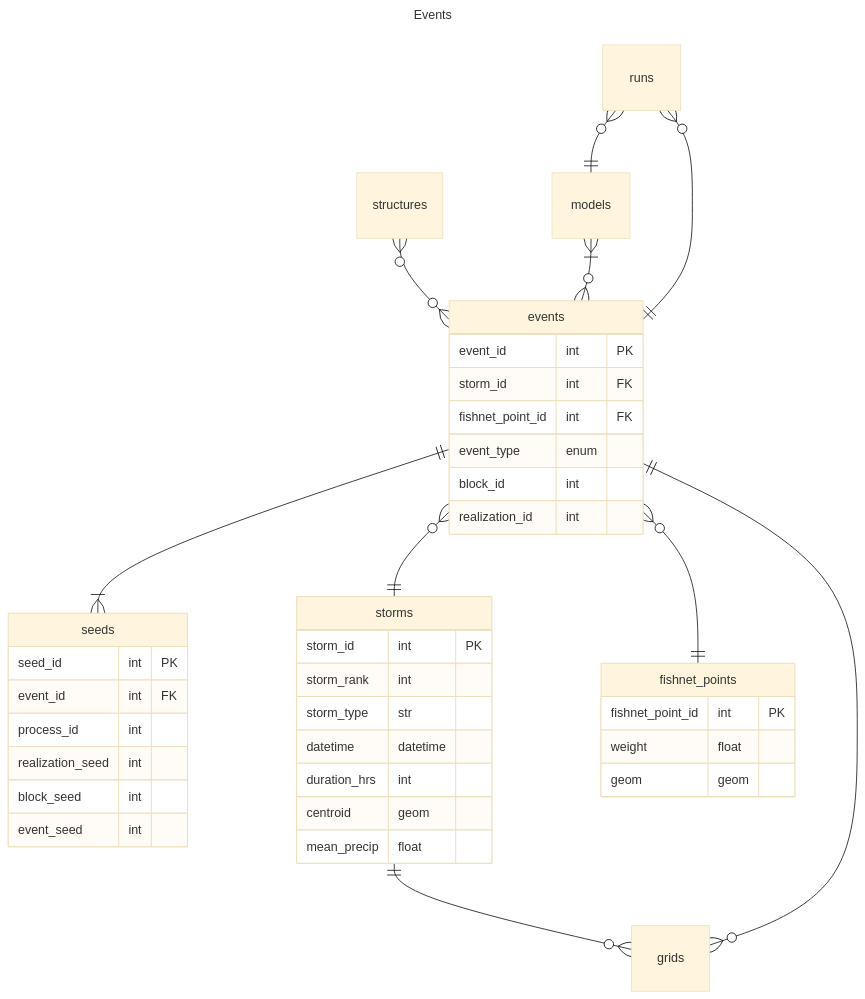
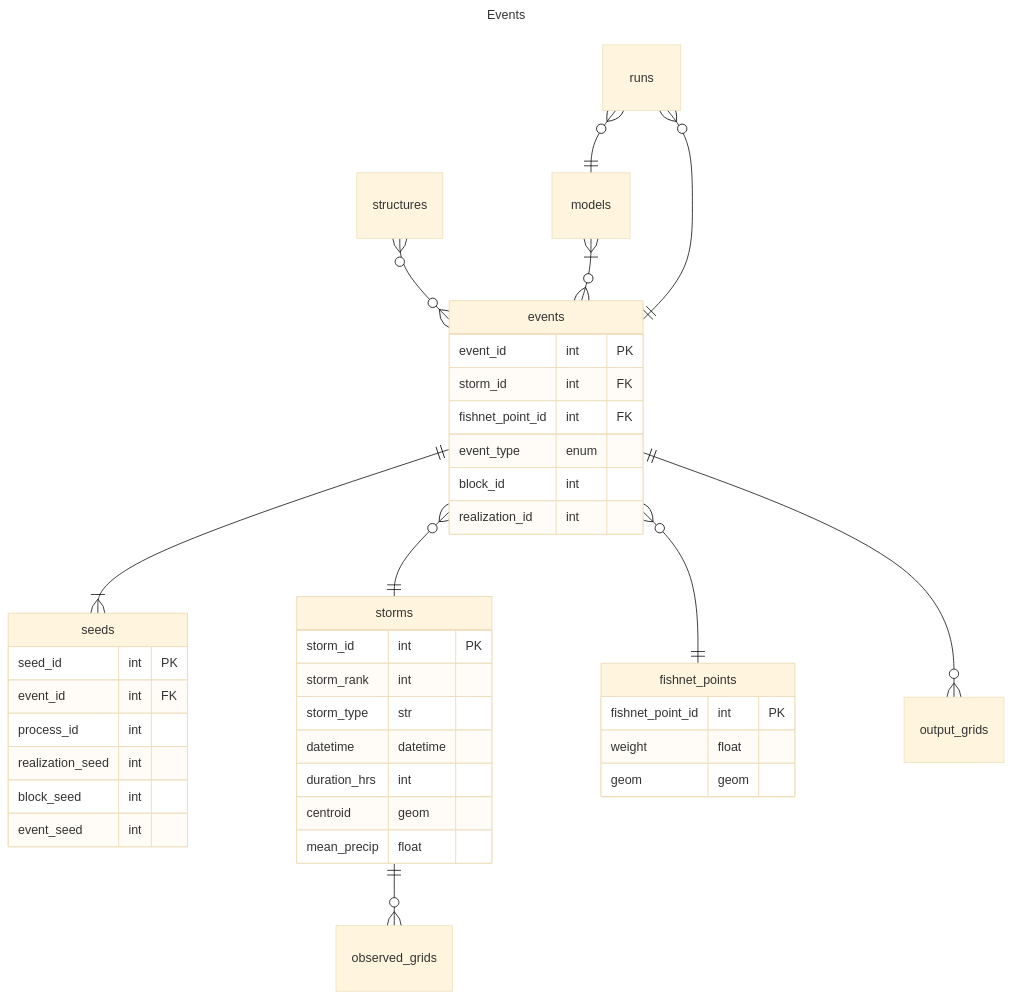
Before and after one commit to fema-ffrd/ffrd-data-model: the diagram in rdb/events.mmd, drawn with Mermaid (base theme). The commit also changed 3 other files, not shown here.

Commit message:
obs and output grids tables

```diff
--- a/rdb/events.mmd
+++ b/rdb/events.mmd
@@ -1,54 +1,56 @@
 ---
 title: Events
 ---
 
 erDiagram
     events ||--|{ seeds : ""
     events }o--|| storms : ""
     events }o--|| fishnet_points : ""
     structures }o--o{ events : ""
     models }|--o{ events : ""
     runs }o--|| models : ""
     runs }o--|| events : ""
-    storms ||--o{ grids : ""
-    events ||--o{ grids : ""
+    storms ||--o{ observed_grids : ""
+    events ||--o{ output_grids : ""
 
 
     storms {
         storm_id int PK
         storm_rank int
         storm_type str
         datetime datetime
         duration_hrs int
         centroid geom
         mean_precip float
     }
     fishnet_points {
         fishnet_point_id int PK
         weight float
         geom geom
     }
     events {
         event_id int PK
         storm_id int FK
         fishnet_point_id int FK
         event_type enum
         block_id int
         realization_id int
     }
     seeds {
         seed_id int PK
         event_id int FK
         process_id int
         realization_seed int
         block_seed int
         event_seed int
     }
     structures {
     }
     events {
     }
     runs {
     }
-    grids {
+    observed_grids {
     }
+    output_grids {
+    }
```
